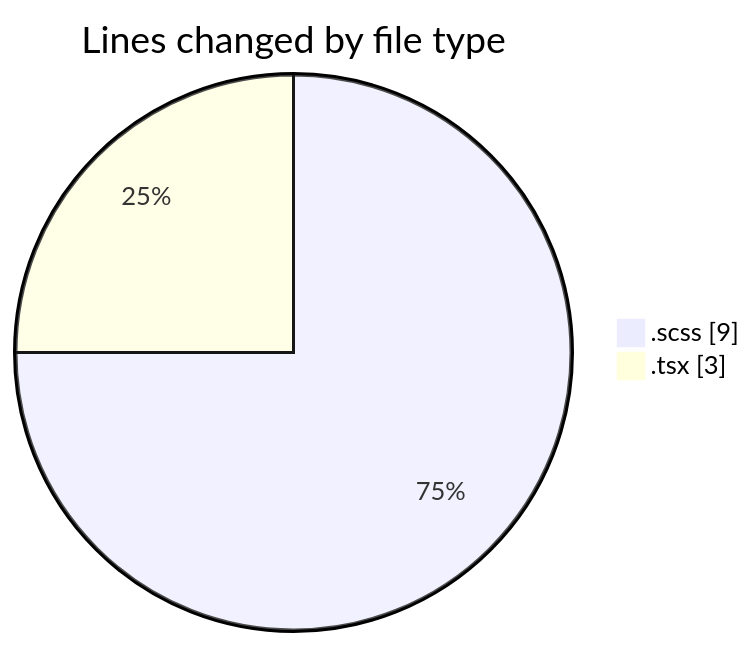
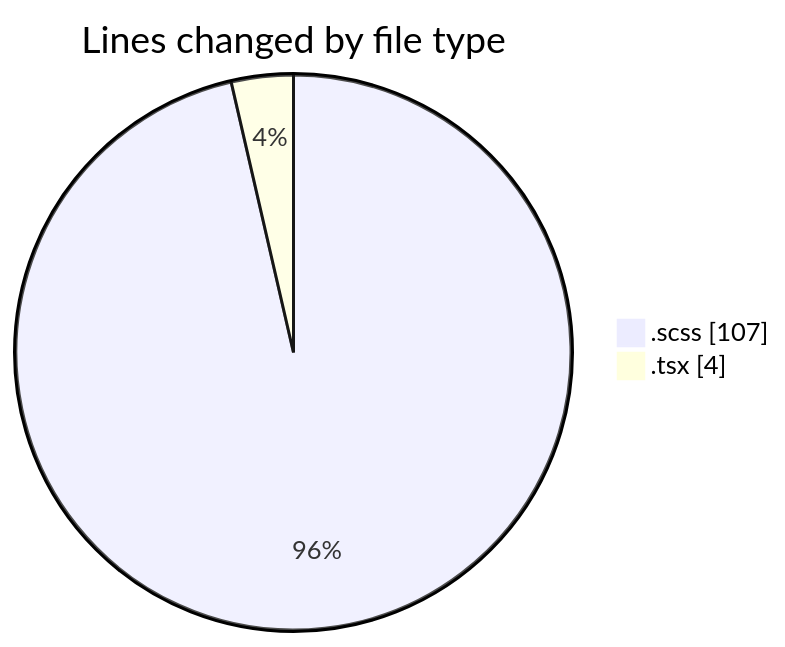
The first of 2 diagrams in 2026-08-10/cda/README.md (momahboobian/code-tracking), drawn with Mermaid before and after one commit. The commit also changed other lines of this file and 1 other file, not shown here.

````diff
--- a/2026-08-10/cda/README.md
+++ b/2026-08-10/cda/README.md
@@ -21,6 +23,6 @@
 ```mermaid
 pie showData
 title Lines changed by file type
-".scss" : 9
-".tsx" : 3
+".scss" : 107
+".tsx" : 4
 ```
````
